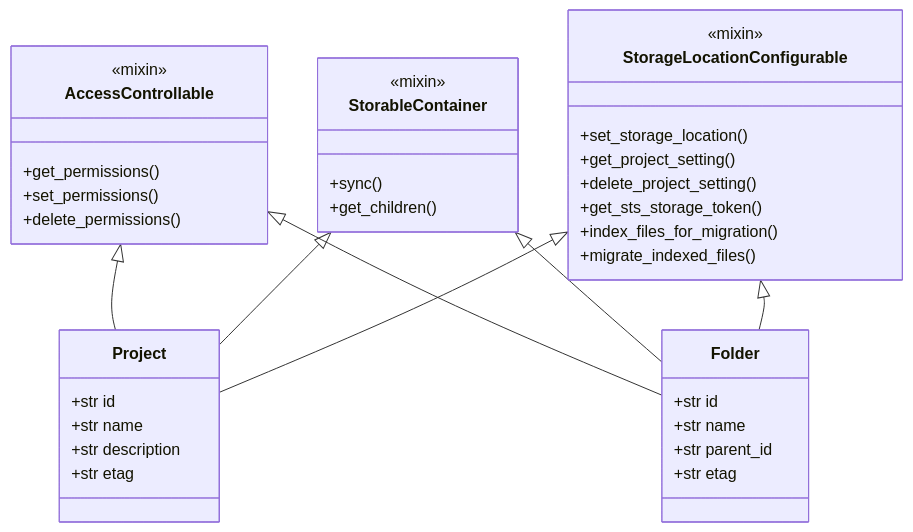
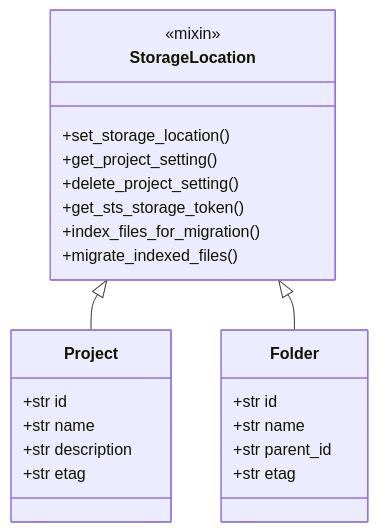
One commit to Sage-Bionetworks/synapsePythonClient changed the fourth of 11 diagrams in docs/explanations/storage_location_architecture.md. Above: the diagram before and after it, drawn with Mermaid. The commit also changed other lines of this file, not shown here.

````diff
--- a/docs/explanations/storage_location_architecture.md
+++ b/docs/explanations/storage_location_architecture.md
@@ -264,48 +285,31 @@
 ```mermaid
 classDiagram
     direction TB
 
-    class AccessControllable {
-        <<mixin>>
-        +get_permissions()
-        +set_permissions()
-        +delete_permissions()
-    }
-
-    class StorableContainer {
-        <<mixin>>
-        +sync()
-        +get_children()
-    }
-
-    class StorageLocationConfigurable {
+    class StorageLocation {
         <<mixin>>
         +set_storage_location()
         +get_project_setting()
         +delete_project_setting()
         +get_sts_storage_token()
         +index_files_for_migration()
         +migrate_indexed_files()
     }
 
     class Project {
         +str id
         +str name
         +str description
         +str etag
     }
 
     class Folder {
         +str id
         +str name
         +str parent_id
         +str etag
     }
 
-    AccessControllable <|-- Project
-    AccessControllable <|-- Folder
-    StorableContainer <|-- Project
-    StorableContainer <|-- Folder
-    StorageLocationConfigurable <|-- Project
-    StorageLocationConfigurable <|-- Folder
+    StorageLocation <|-- Project
+    StorageLocation <|-- Folder
 ```
````
